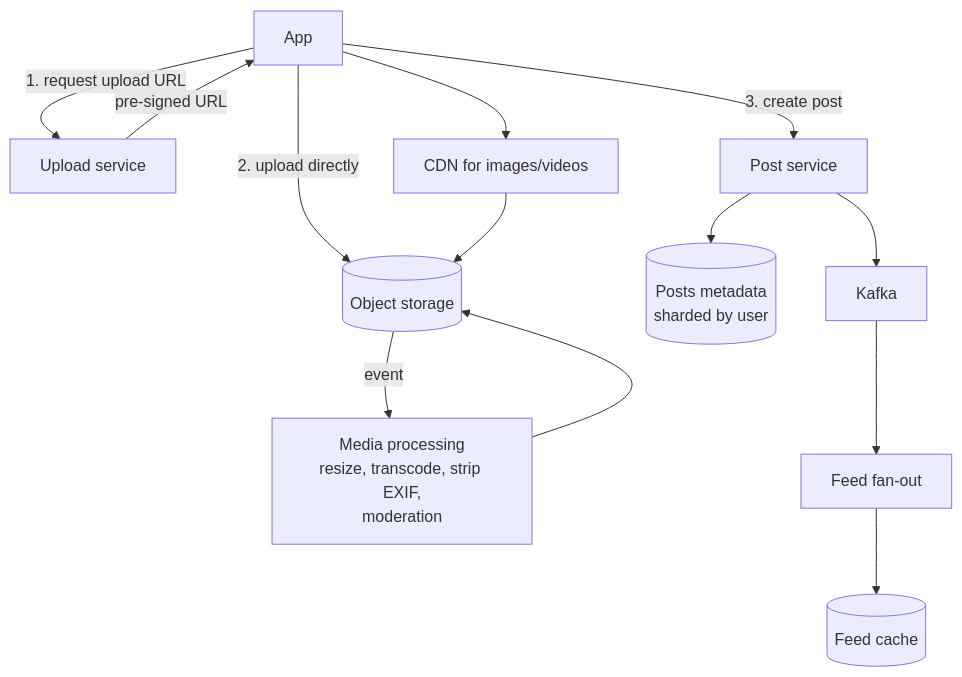
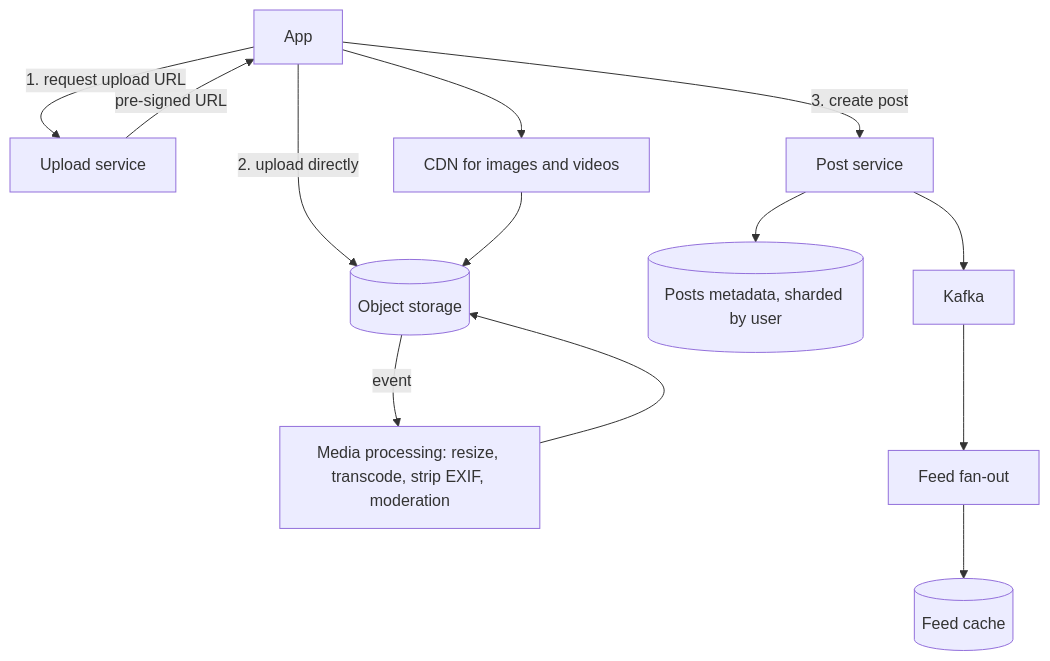
The third of 22 diagrams in topics/17-designs-social-media.md (AkshayAshokCode/System-Design-Interview-Questions-and-Answers), drawn with Mermaid before and after one commit. The commit also changed other lines of this file and 4 other files, not shown here.

````diff
--- a/topics/17-designs-social-media.md
+++ b/topics/17-designs-social-media.md
@@ -103,12 +222,12 @@
 ```mermaid
 flowchart TD
     C["App"] -->|"1. request upload URL"| UP["Upload service"]
     UP -->|"pre-signed URL"| C
     C -->|"2. upload directly"| S3[("Object storage")]
-    S3 -->|"event"| MP["Media processing<br/>resize, transcode, strip EXIF,<br/>moderation"]
+    S3 -->|"event"| MP["Media processing: resize, transcode, strip EXIF, moderation"]
     MP --> S3
-    C -->|"3. create post"| PS["Post service"] --> PDB[("Posts metadata<br/>sharded by user")]
+    C -->|"3. create post"| PS["Post service"] --> PDB[("Posts metadata, sharded by user")]
     PS --> K["Kafka"] --> FO["Feed fan-out"] --> FC[("Feed cache")]
-    C --> CDN["CDN for images/videos"]
+    C --> CDN["CDN for images and videos"]
     CDN --> S3
 ```
````
